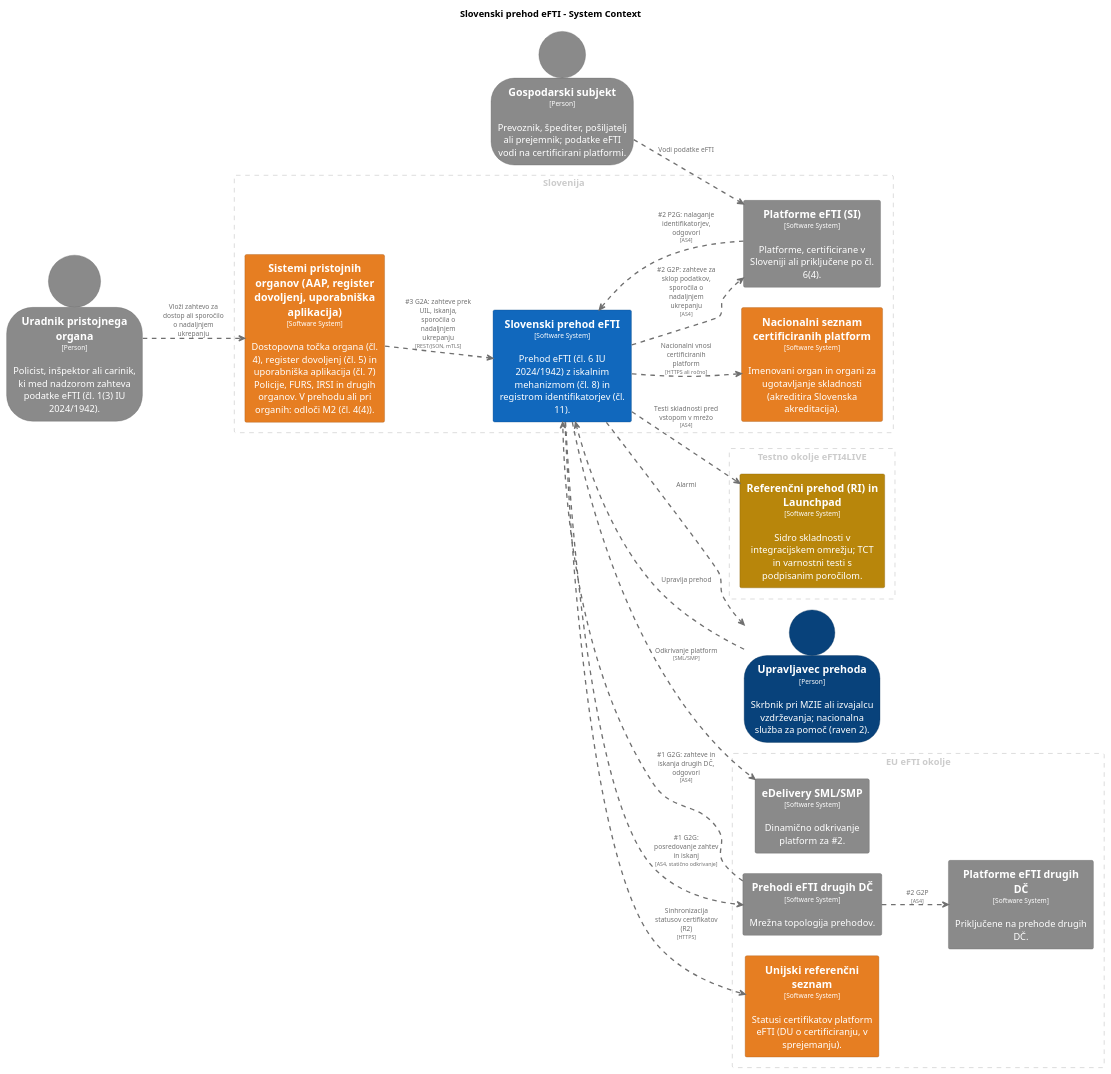
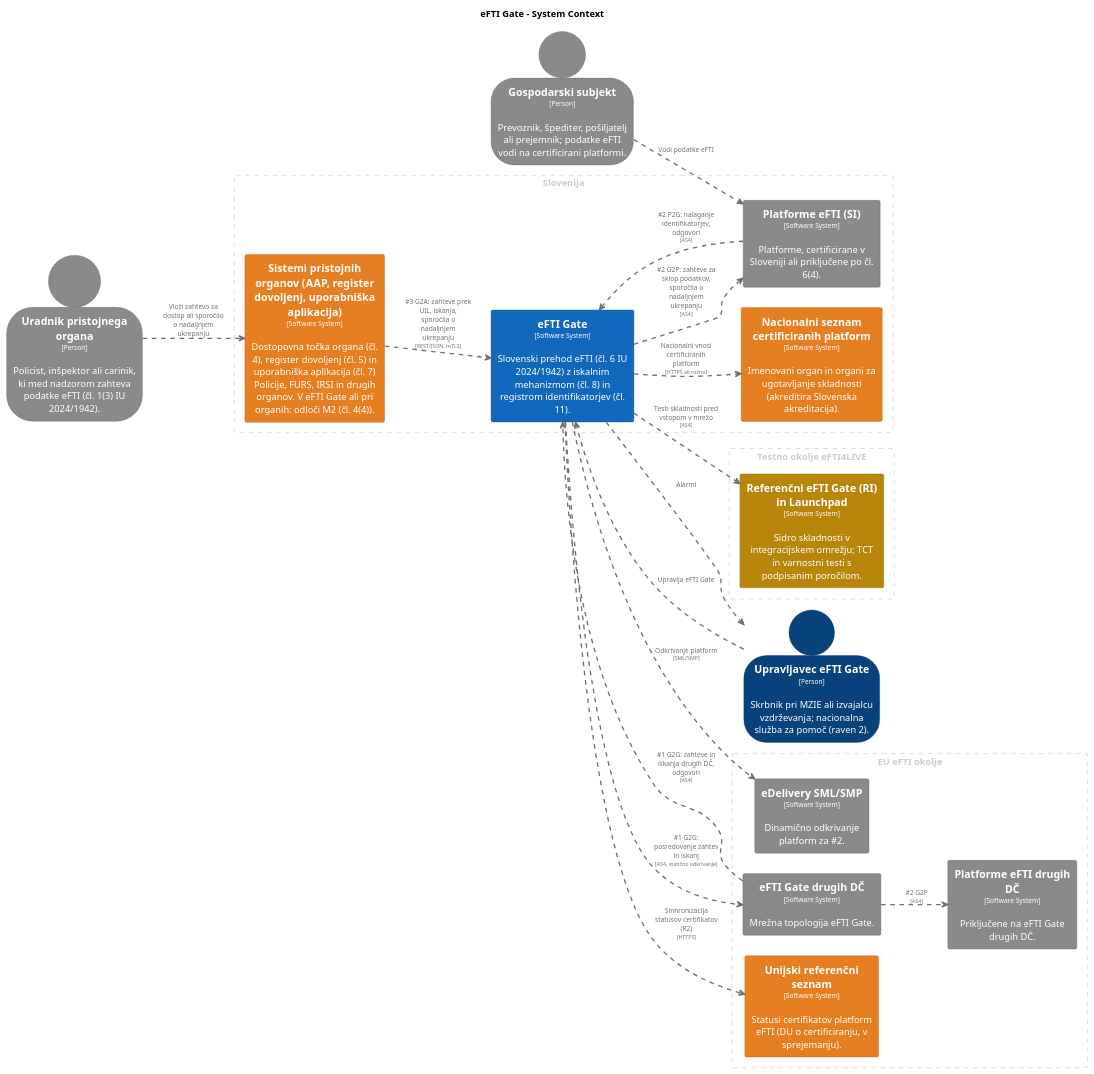
Before and after one commit to UM-KGPI/eFTI-Gate-SI: the diagram in architecture/diagrams/structurizr-C1-Kontekst.puml, drawn with PlantUML. The commit also changed 24 other files, not shown here.

First line of the commit message:
C4: enotno ime "eFTI Gate" v diagramih

```diff
--- a/architecture/diagrams/structurizr-C1-Kontekst.puml
+++ b/architecture/diagrams/structurizr-C1-Kontekst.puml
@@ -1,139 +1,139 @@
 @startuml
 set separator none
-title Slovenski prehod eFTI - System Context
+title eFTI Gate - System Context
 
 left to right direction
 skinparam ranksep 60
 skinparam nodesep 30
 
 skinparam {
   arrowFontSize 10
   defaultTextAlignment center
   wrapWidth 200
   maxMessageSize 100
 }
 
 hide stereotype
 
 skinparam person<<Gospodarskisubjekt>> {
   BackgroundColor #8a8a8a
   FontColor #ffffff
   BorderColor #606060
   shadowing false
 }
 skinparam rectangle<<Nacionalniseznamcertificiranihplatform>> {
   BackgroundColor #e67e22
   FontColor #ffffff
   BorderColor #a15817
   shadowing false
 }
 skinparam rectangle<<PlatformeeFTISI>> {
   BackgroundColor #8a8a8a
   FontColor #ffffff
   BorderColor #606060
   shadowing false
 }
 skinparam rectangle<<PlatformeeFTIdrugihDČ>> {
   BackgroundColor #8a8a8a
   FontColor #ffffff
   BorderColor #606060
   shadowing false
 }
-skinparam rectangle<<PrehodieFTIdrugihDČ>> {
-  BackgroundColor #8a8a8a
-  FontColor #ffffff
-  BorderColor #606060
-  shadowing false
-}
-skinparam rectangle<<ReferenčniprehodRIinLaunchpad>> {
+skinparam rectangle<<ReferenčnieFTIGateRIinLaunchpad>> {
   BackgroundColor #b8860b
   FontColor #ffffff
   BorderColor #805d07
   shadowing false
 }
 skinparam rectangle<<SistemipristojnihorganovAAPregisterdovoljenjuporabniškaaplikacija>> {
   BackgroundColor #e67e22
   FontColor #ffffff
   BorderColor #a15817
   shadowing false
 }
-skinparam rectangle<<SlovenskiprehodeFTI>> {
-  BackgroundColor #1168bd
-  FontColor #ffffff
-  BorderColor #0b4884
-  shadowing false
-}
 skinparam rectangle<<Unijskireferenčniseznam>> {
   BackgroundColor #e67e22
   FontColor #ffffff
   BorderColor #a15817
   shadowing false
 }
-skinparam person<<Upravljavecprehoda>> {
+skinparam person<<UpravljaveceFTIGate>> {
   BackgroundColor #08427b
   FontColor #ffffff
   BorderColor #052e56
   shadowing false
 }
 skinparam person<<Uradnikpristojnegaorgana>> {
   BackgroundColor #8a8a8a
   FontColor #ffffff
   BorderColor #606060
   shadowing false
 }
 skinparam rectangle<<eDeliverySMLSMP>> {
   BackgroundColor #8a8a8a
   FontColor #ffffff
   BorderColor #606060
   shadowing false
 }
+skinparam rectangle<<eFTIGate>> {
+  BackgroundColor #1168bd
+  FontColor #ffffff
+  BorderColor #0b4884
+  shadowing false
+}
+skinparam rectangle<<eFTIGatedrugihDČ>> {
+  BackgroundColor #8a8a8a
+  FontColor #ffffff
+  BorderColor #606060
+  shadowing false
+}
 
 rectangle "EU eFTI okolje" <<group1>> as group1 {
   skinparam RectangleBorderColor<<group1>> #cccccc
   skinparam RectangleFontColor<<group1>> #cccccc
   skinparam RectangleBorderStyle<<group1>> dashed
 
-  rectangle "==Prehodi eFTI drugih DČ\n<size:10>[Software System]</size>\n\nMrežna topologija prehodov." <<PrehodieFTIdrugihDČ>> as PrehodieFTIdrugihDČ
+  rectangle "==eFTI Gate drugih DČ\n<size:10>[Software System]</size>\n\nMrežna topologija eFTI Gate." <<eFTIGatedrugihDČ>> as eFTIGatedrugihDČ
   rectangle "==Unijski referenčni seznam\n<size:10>[Software System]</size>\n\nStatusi certifikatov platform eFTI (DU o certificiranju, v sprejemanju)." <<Unijskireferenčniseznam>> as Unijskireferenčniseznam
   rectangle "==eDelivery SML/SMP\n<size:10>[Software System]</size>\n\nDinamično odkrivanje platform za #2." <<eDeliverySMLSMP>> as eDeliverySMLSMP
-  rectangle "==Platforme eFTI drugih DČ\n<size:10>[Software System]</size>\n\nPriključene na prehode drugih DČ." <<PlatformeeFTIdrugihDČ>> as PlatformeeFTIdrugihDČ
+  rectangle "==Platforme eFTI drugih DČ\n<size:10>[Software System]</size>\n\nPriključene na eFTI Gate drugih DČ." <<PlatformeeFTIdrugihDČ>> as PlatformeeFTIdrugihDČ
 }
 
 rectangle "Slovenija" <<group2>> as group2 {
   skinparam RectangleBorderColor<<group2>> #cccccc
   skinparam RectangleFontColor<<group2>> #cccccc
   skinparam RectangleBorderStyle<<group2>> dashed
 
-  rectangle "==Sistemi pristojnih organov (AAP, register dovoljenj, uporabniška aplikacija)\n<size:10>[Software System]</size>\n\nDostopovna točka organa (čl. 4), register dovoljenj (čl. 5) in uporabniška aplikacija (čl. 7) Policije, FURS, IRSI in drugih organov. V prehodu ali pri organih: odloči M2 (čl. 4(4))." <<SistemipristojnihorganovAAPregisterdovoljenjuporabniškaaplikacija>> as SistemipristojnihorganovAAPregisterdovoljenjuporabniškaaplikacija
+  rectangle "==Sistemi pristojnih organov (AAP, register dovoljenj, uporabniška aplikacija)\n<size:10>[Software System]</size>\n\nDostopovna točka organa (čl. 4), register dovoljenj (čl. 5) in uporabniška aplikacija (čl. 7) Policije, FURS, IRSI in drugih organov. V eFTI Gate ali pri organih: odloči M2 (čl. 4(4))." <<SistemipristojnihorganovAAPregisterdovoljenjuporabniškaaplikacija>> as SistemipristojnihorganovAAPregisterdovoljenjuporabniškaaplikacija
   rectangle "==Platforme eFTI (SI)\n<size:10>[Software System]</size>\n\nPlatforme, certificirane v Sloveniji ali priključene po čl. 6(4)." <<PlatformeeFTISI>> as PlatformeeFTISI
   rectangle "==Nacionalni seznam certificiranih platform\n<size:10>[Software System]</size>\n\nImenovani organ in organi za ugotavljanje skladnosti (akreditira Slovenska akreditacija)." <<Nacionalniseznamcertificiranihplatform>> as Nacionalniseznamcertificiranihplatform
-  rectangle "==Slovenski prehod eFTI\n<size:10>[Software System]</size>\n\nPrehod eFTI (čl. 6 IU 2024/1942) z iskalnim mehanizmom (čl. 8) in registrom identifikatorjev (čl. 11)." <<SlovenskiprehodeFTI>> as SlovenskiprehodeFTI
+  rectangle "==eFTI Gate\n<size:10>[Software System]</size>\n\nSlovenski prehod eFTI (čl. 6 IU 2024/1942) z iskalnim mehanizmom (čl. 8) in registrom identifikatorjev (čl. 11)." <<eFTIGate>> as eFTIGate
 }
 
 rectangle "Testno okolje eFTI4LIVE" <<group3>> as group3 {
   skinparam RectangleBorderColor<<group3>> #cccccc
   skinparam RectangleFontColor<<group3>> #cccccc
   skinparam RectangleBorderStyle<<group3>> dashed
 
-  rectangle "==Referenčni prehod (RI) in Launchpad\n<size:10>[Software System]</size>\n\nSidro skladnosti v integracijskem omrežju; TCT in varnostni testi s podpisanim poročilom." <<ReferenčniprehodRIinLaunchpad>> as ReferenčniprehodRIinLaunchpad
+  rectangle "==Referenčni eFTI Gate (RI) in Launchpad\n<size:10>[Software System]</size>\n\nSidro skladnosti v integracijskem omrežju; TCT in varnostni testi s podpisanim poročilom." <<ReferenčnieFTIGateRIinLaunchpad>> as ReferenčnieFTIGateRIinLaunchpad
 }
 
 person "==Uradnik pristojnega organa\n<size:10>[Person]</size>\n\nPolicist, inšpektor ali carinik, ki med nadzorom zahteva podatke eFTI (čl. 1(3) IU 2024/1942)." <<Uradnikpristojnegaorgana>> as Uradnikpristojnegaorgana
-person "==Upravljavec prehoda\n<size:10>[Person]</size>\n\nSkrbnik pri MZIE ali izvajalcu vzdrževanja; nacionalna služba za pomoč (raven 2)." <<Upravljavecprehoda>> as Upravljavecprehoda
+person "==Upravljavec eFTI Gate\n<size:10>[Person]</size>\n\nSkrbnik pri MZIE ali izvajalcu vzdrževanja; nacionalna služba za pomoč (raven 2)." <<UpravljaveceFTIGate>> as UpravljaveceFTIGate
 person "==Gospodarski subjekt\n<size:10>[Person]</size>\n\nPrevoznik, špediter, pošiljatelj ali prejemnik; podatke eFTI vodi na certificirani platformi." <<Gospodarskisubjekt>> as Gospodarskisubjekt
 
 Uradnikpristojnegaorgana .[#707070,thickness=2].> SistemipristojnihorganovAAPregisterdovoljenjuporabniškaaplikacija : "<color:#707070>Vloži zahtevo za dostop ali sporočilo o nadaljnjem ukrepanju"
 Gospodarskisubjekt .[#707070,thickness=2].> PlatformeeFTISI : "<color:#707070>Vodi podatke eFTI"
-Upravljavecprehoda .[#707070,thickness=2].> SlovenskiprehodeFTI : "<color:#707070>Upravlja prehod"
-SlovenskiprehodeFTI .[#707070,thickness=2].> Upravljavecprehoda : "<color:#707070>Alarmi"
-SistemipristojnihorganovAAPregisterdovoljenjuporabniškaaplikacija .[#707070,thickness=2].> SlovenskiprehodeFTI : "<color:#707070>#3 G2A: zahteve prek UIL, iskanja, sporočila o nadaljnjem ukrepanju\n<color:#707070><size:8>[REST/JSON, mTLS]</size>"
-SlovenskiprehodeFTI .[#707070,thickness=2].> PlatformeeFTISI : "<color:#707070>#2 G2P: zahteve za sklop podatkov, sporočila o nadaljnjem ukrepanju\n<color:#707070><size:8>[AS4]</size>"
-PlatformeeFTISI .[#707070,thickness=2].> SlovenskiprehodeFTI : "<color:#707070>#2 P2G: nalaganje identifikatorjev, odgovori\n<color:#707070><size:8>[AS4]</size>"
-SlovenskiprehodeFTI .[#707070,thickness=2].> PrehodieFTIdrugihDČ : "<color:#707070>#1 G2G: posredovanje zahtev in iskanj\n<color:#707070><size:8>[AS4, statično odkrivanje]</size>"
-PrehodieFTIdrugihDČ .[#707070,thickness=2].> SlovenskiprehodeFTI : "<color:#707070>#1 G2G: zahteve in iskanja drugih DČ, odgovori\n<color:#707070><size:8>[AS4]</size>"
-PrehodieFTIdrugihDČ .[#707070,thickness=2].> PlatformeeFTIdrugihDČ : "<color:#707070>#2 G2P\n<color:#707070><size:8>[AS4]</size>"
-SlovenskiprehodeFTI .[#707070,thickness=2].> eDeliverySMLSMP : "<color:#707070>Odkrivanje platform\n<color:#707070><size:8>[SML/SMP]</size>"
-SlovenskiprehodeFTI .[#707070,thickness=2].> Unijskireferenčniseznam : "<color:#707070>Sinhronizacija statusov certifikatov (R2)\n<color:#707070><size:8>[HTTPS]</size>"
-SlovenskiprehodeFTI .[#707070,thickness=2].> Nacionalniseznamcertificiranihplatform : "<color:#707070>Nacionalni vnosi certificiranih platform\n<color:#707070><size:8>[HTTPS ali ročno]</size>"
-SlovenskiprehodeFTI .[#707070,thickness=2].> ReferenčniprehodRIinLaunchpad : "<color:#707070>Testi skladnosti pred vstopom v mrežo\n<color:#707070><size:8>[AS4]</size>"
+UpravljaveceFTIGate .[#707070,thickness=2].> eFTIGate : "<color:#707070>Upravlja eFTI Gate"
+eFTIGate .[#707070,thickness=2].> UpravljaveceFTIGate : "<color:#707070>Alarmi"
+SistemipristojnihorganovAAPregisterdovoljenjuporabniškaaplikacija .[#707070,thickness=2].> eFTIGate : "<color:#707070>#3 G2A: zahteve prek UIL, iskanja, sporočila o nadaljnjem ukrepanju\n<color:#707070><size:8>[REST/JSON, mTLS]</size>"
+eFTIGate .[#707070,thickness=2].> PlatformeeFTISI : "<color:#707070>#2 G2P: zahteve za sklop podatkov, sporočila o nadaljnjem ukrepanju\n<color:#707070><size:8>[AS4]</size>"
+PlatformeeFTISI .[#707070,thickness=2].> eFTIGate : "<color:#707070>#2 P2G: nalaganje identifikatorjev, odgovori\n<color:#707070><size:8>[AS4]</size>"
+eFTIGate .[#707070,thickness=2].> eFTIGatedrugihDČ : "<color:#707070>#1 G2G: posredovanje zahtev in iskanj\n<color:#707070><size:8>[AS4, statično odkrivanje]</size>"
+eFTIGatedrugihDČ .[#707070,thickness=2].> eFTIGate : "<color:#707070>#1 G2G: zahteve in iskanja drugih DČ, odgovori\n<color:#707070><size:8>[AS4]</size>"
+eFTIGatedrugihDČ .[#707070,thickness=2].> PlatformeeFTIdrugihDČ : "<color:#707070>#2 G2P\n<color:#707070><size:8>[AS4]</size>"
+eFTIGate .[#707070,thickness=2].> eDeliverySMLSMP : "<color:#707070>Odkrivanje platform\n<color:#707070><size:8>[SML/SMP]</size>"
+eFTIGate .[#707070,thickness=2].> Unijskireferenčniseznam : "<color:#707070>Sinhronizacija statusov certifikatov (R2)\n<color:#707070><size:8>[HTTPS]</size>"
+eFTIGate .[#707070,thickness=2].> Nacionalniseznamcertificiranihplatform : "<color:#707070>Nacionalni vnosi certificiranih platform\n<color:#707070><size:8>[HTTPS ali ročno]</size>"
+eFTIGate .[#707070,thickness=2].> ReferenčnieFTIGateRIinLaunchpad : "<color:#707070>Testi skladnosti pred vstopom v mrežo\n<color:#707070><size:8>[AS4]</size>"
 @enduml
```
